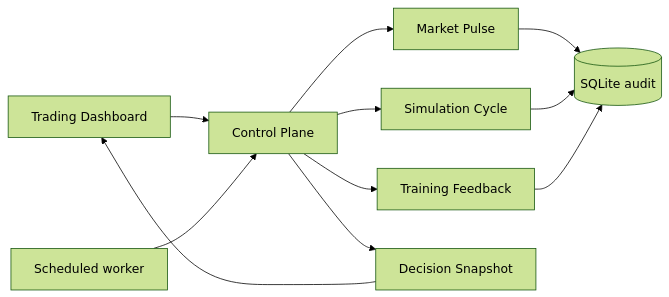
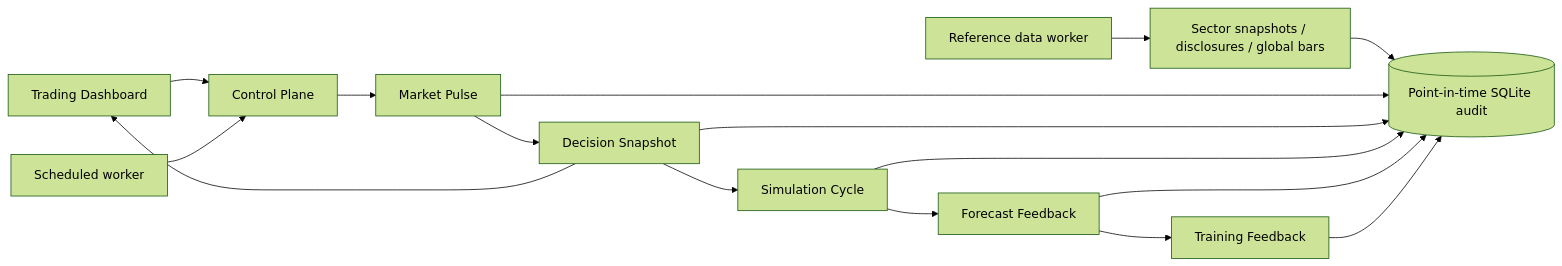
Before and after one commit to ZKRHSY1314/ZK-trading: the diagram in docs/CONTROL_PLANE.md, drawn with Mermaid (forest theme). The commit also changed other lines of this file and 2 other files, not shown here.

````diff
--- a/docs/CONTROL_PLANE.md
+++ b/docs/CONTROL_PLANE.md
@@ -5,13 +5,18 @@
 ```mermaid
 flowchart LR
     UI[Trading Dashboard] --> CP[Control Plane]
     Worker[Scheduled worker] --> CP
+    RefWorker["Reference data worker"] --> Reference["Sector snapshots / disclosures / global bars"]
+    Reference --> Audit
     CP --> Pulse[Market Pulse]
-    CP --> Cycle[Simulation Cycle]
-    CP --> Feedback[Training Feedback]
-    CP --> Snapshot[Decision Snapshot]
-    Pulse --> Audit[(SQLite audit)]
+    Pulse --> Snapshot[Decision Snapshot]
+    Snapshot --> Cycle[Simulation Cycle]
+    Cycle --> Forecast[Forecast Feedback]
+    Forecast --> Training[Training Feedback]
+    Pulse --> Audit[(Point-in-time SQLite audit)]
+    Snapshot --> Audit
     Cycle --> Audit
-    Feedback --> Audit
+    Forecast --> Audit
+    Training --> Audit
     Snapshot --> UI
 ```
````
